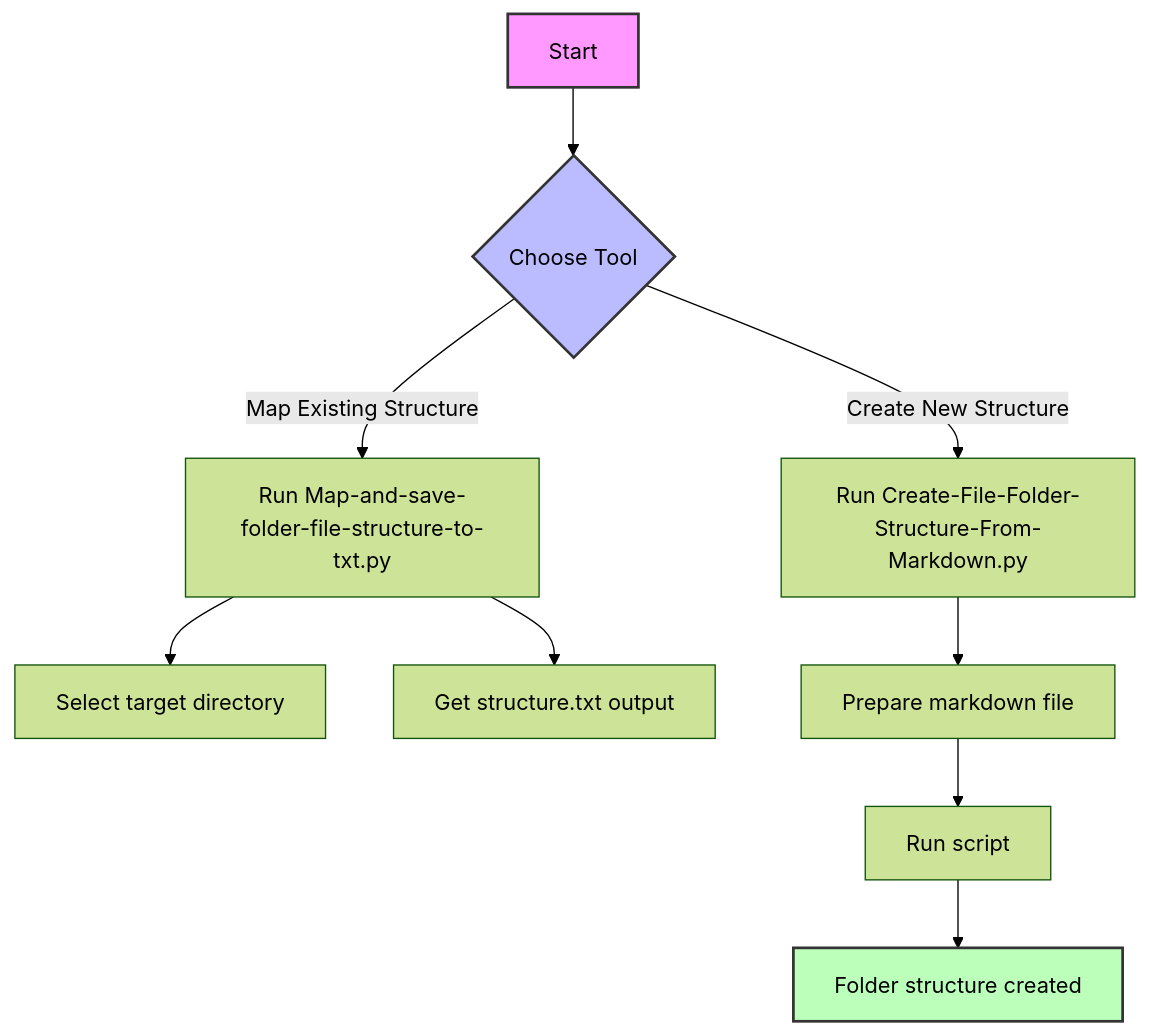
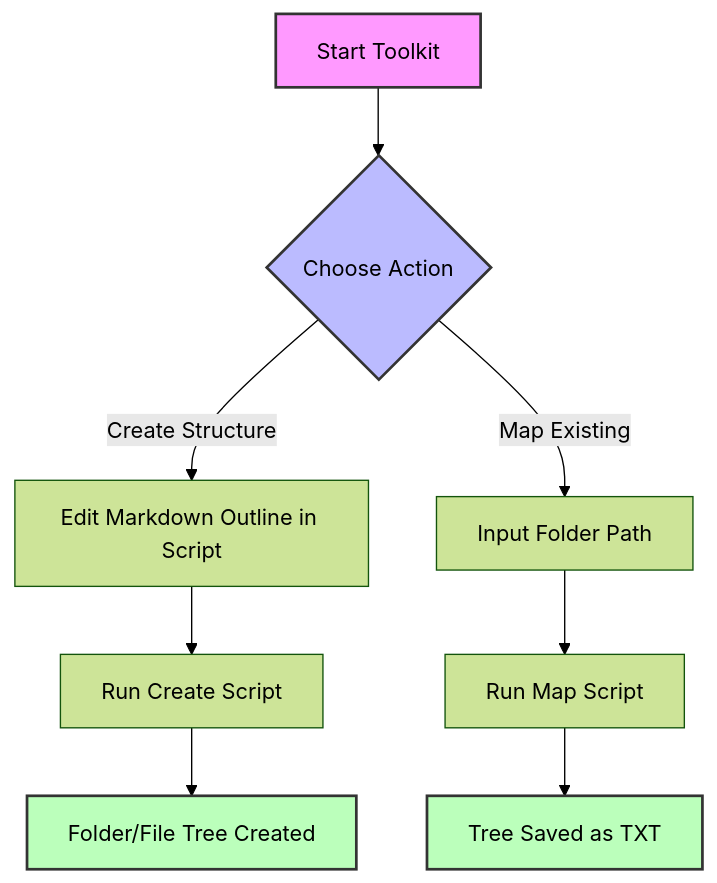
The first of 2 diagrams in File-and-Folder-Structure/README.md (Mindrocket42/CluelessCodersToolBox), drawn with Mermaid (forest theme) before and after one commit. The commit also changed other lines of this file and 2 other files, not shown here.

````diff
--- a/File-and-Folder-Structure/README.md
+++ b/File-and-Folder-Structure/README.md
@@ -35,17 +84,16 @@
 ```mermaid
-graph TD
-    A[Start] --> B{Choose Tool}
-    B -->|Map Existing Structure| C[Run Map-and-save-folder-file-structure-to-txt.py]
-    B -->|Create New Structure| D[Run Create-File-Folder-Structure-From-Markdown.py]
-    
-    C --> E[Select target directory]
-    C --> F[Get structure.txt output]
-    
-    D --> G[Prepare markdown file]
-    G --> H[Run script]
-    H --> I[Folder structure created]
+flowchart TD
+    A[Start Toolkit] --> B{Choose Action}
+    B -->|Create Structure| C[Edit Markdown Outline in Script]
+    C --> D[Run Create Script]
+    D --> E[Folder/File Tree Created]
+
+    B -->|Map Existing| F[Input Folder Path]
+    F --> G[Run Map Script]
+    G --> H[Tree Saved as TXT]
 
     style A fill:#f9f,stroke:#333,stroke-width:2px
     style B fill:#bbf,stroke:#333,stroke-width:2px
-    style I fill:#bfb,stroke:#333,stroke-width:2px
+    style E fill:#bfb,stroke:#333,stroke-width:2px
+    style H fill:#bfb,stroke:#333,stroke-width:2px
 ```
````
